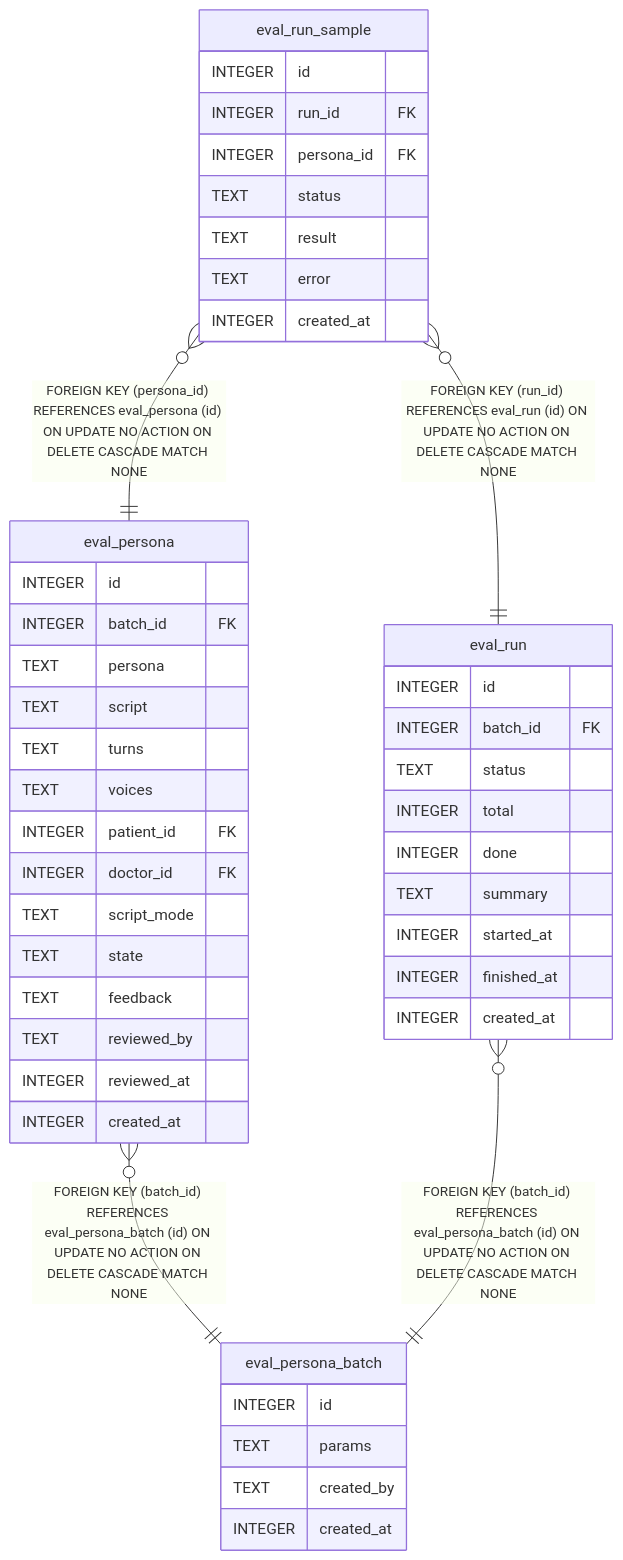
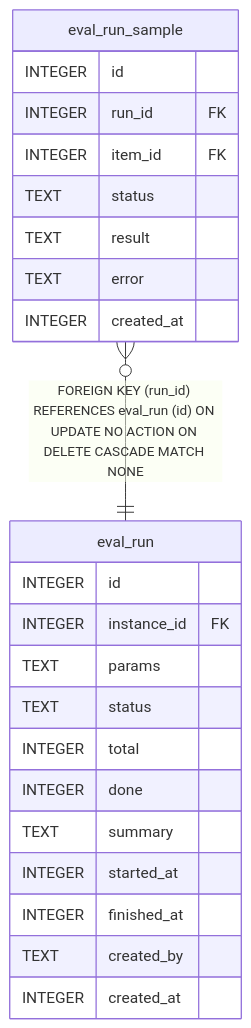
The diagram in content/docs/en/developers/plugins/eval-validator/reference/schema.mmd (ktbhealth/docs), drawn with Mermaid before and after one commit. The commit also changed 33 other files, not shown here.

First line of the commit message:
docs(erd): regen after eval pipeline unification (product#138)

```diff
--- a/content/docs/en/developers/plugins/eval-validator/reference/schema.mmd
+++ b/content/docs/en/developers/plugins/eval-validator/reference/schema.mmd
@@ -1,49 +1,26 @@
 erDiagram
 
-"eval_persona" }o--|| "eval_persona_batch" : "FOREIGN KEY (batch_id) REFERENCES eval_persona_batch (id) ON UPDATE NO ACTION ON DELETE CASCADE MATCH NONE"
-"eval_run" }o--|| "eval_persona_batch" : "FOREIGN KEY (batch_id) REFERENCES eval_persona_batch (id) ON UPDATE NO ACTION ON DELETE CASCADE MATCH NONE"
-"eval_run_sample" }o--|| "eval_persona" : "FOREIGN KEY (persona_id) REFERENCES eval_persona (id) ON UPDATE NO ACTION ON DELETE CASCADE MATCH NONE"
 "eval_run_sample" }o--|| "eval_run" : "FOREIGN KEY (run_id) REFERENCES eval_run (id) ON UPDATE NO ACTION ON DELETE CASCADE MATCH NONE"
 
-"eval_persona" {
+"eval_run_sample" {
   INTEGER id
-  INTEGER batch_id FK
-  TEXT persona
-  TEXT script
-  TEXT turns
-  TEXT voices
-  INTEGER patient_id FK
-  INTEGER doctor_id FK
-  TEXT script_mode
-  TEXT state
-  TEXT feedback
-  TEXT reviewed_by
-  INTEGER reviewed_at
-  INTEGER created_at
-}
-"eval_persona_batch" {
-  INTEGER id
-  TEXT params
-  TEXT created_by
+  INTEGER run_id FK
+  INTEGER item_id FK
+  TEXT status
+  TEXT result
+  TEXT error
   INTEGER created_at
 }
 "eval_run" {
   INTEGER id
-  INTEGER batch_id FK
+  INTEGER instance_id FK
+  TEXT params
   TEXT status
   INTEGER total
   INTEGER done
   TEXT summary
   INTEGER started_at
   INTEGER finished_at
+  TEXT created_by
   INTEGER created_at
 }
-"eval_run_sample" {
-  INTEGER id
-  INTEGER run_id FK
-  INTEGER persona_id FK
-  TEXT status
-  TEXT result
-  TEXT error
-  INTEGER created_at
-}
```
